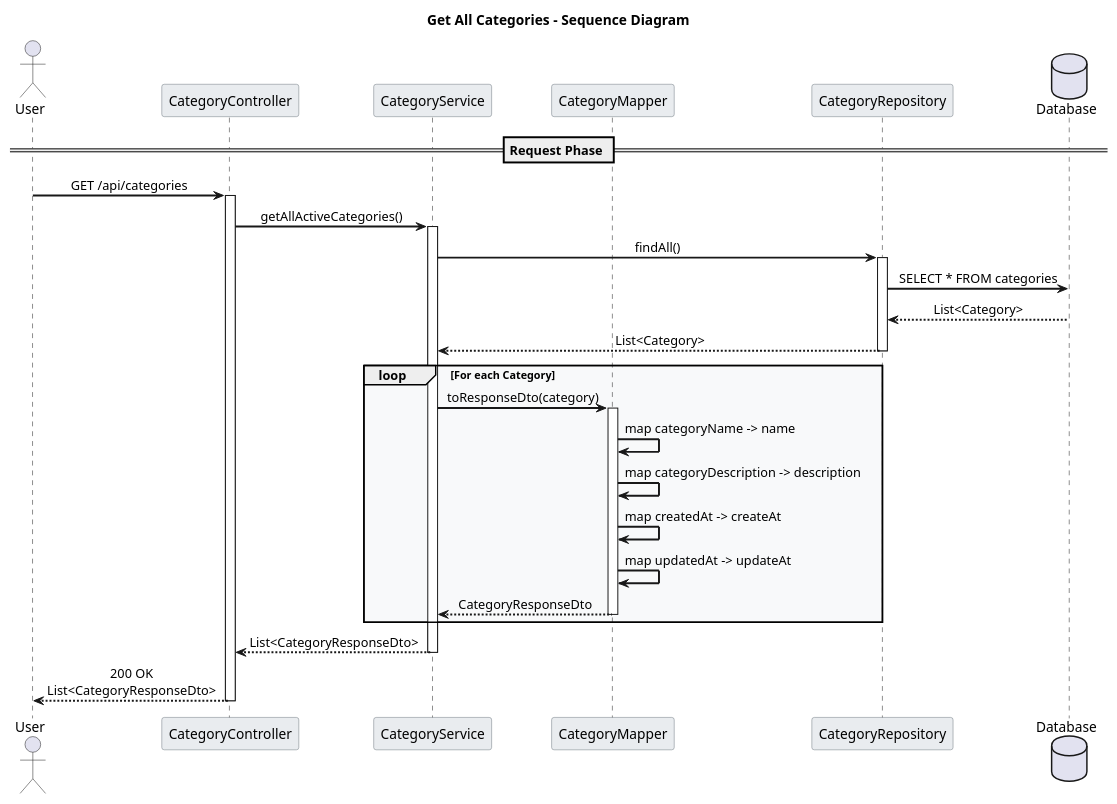
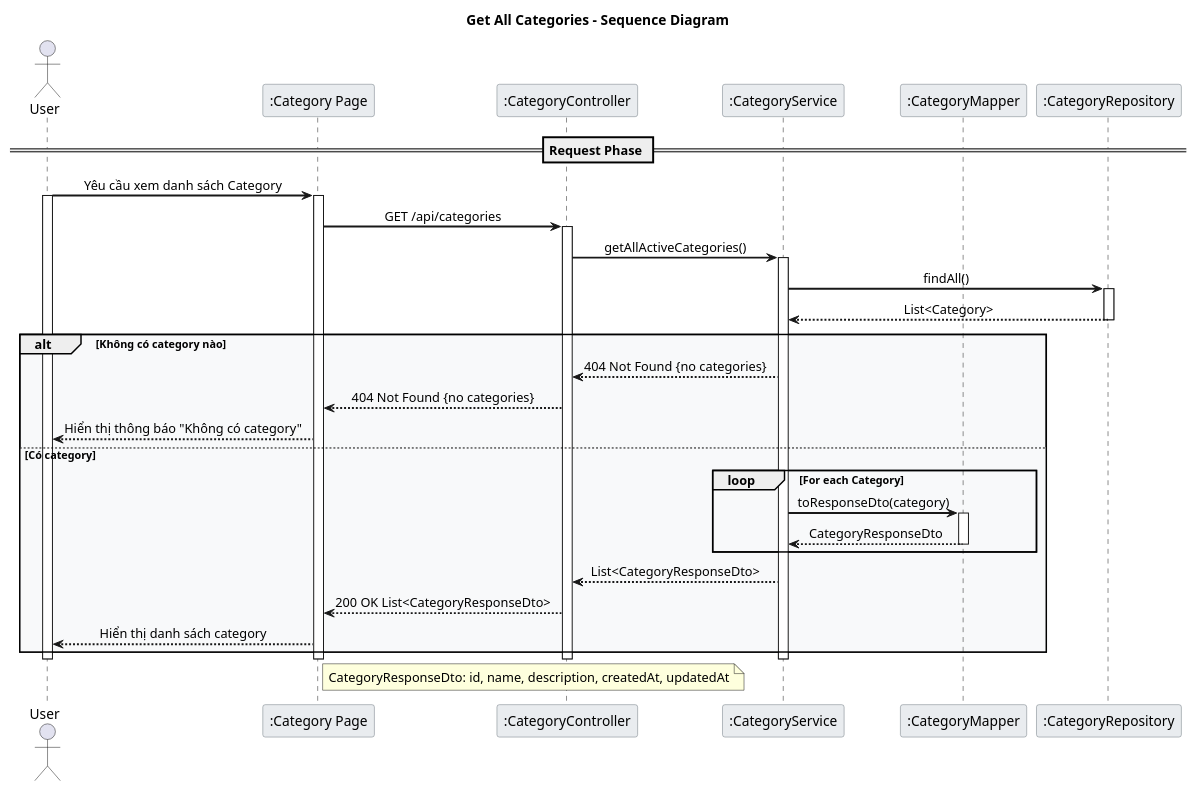
Before and after one commit to LamVNT/Farmovo: the diagram in Category_Read_Sequence.puml, drawn with PlantUML. The commit also changed 15 other files, not shown here.

```diff
--- a/Category_Read_Sequence.puml
+++ b/Category_Read_Sequence.puml
@@ -1,51 +1,57 @@
 @startuml Category_Read_Sequence
 
 skinparam backgroundColor white
 skinparam sequenceArrowThickness 2
 skinparam sequenceMessageAlign center
 skinparam sequenceGroupBodyBackgroundColor #F8F9FA
 skinparam sequenceParticipantBorderColor #6C757D
 skinparam sequenceParticipantBackgroundColor #E9ECEF
 skinparam sequenceLifeLineStroke dash
 
 title Get All Categories - Sequence Diagram
 
 actor User as U
-participant "CategoryController" as CC
-participant "CategoryService" as CS
-participant "CategoryMapper" as CM
-participant "CategoryRepository" as CR
-database "Database" as DB
+participant ":Category Page" as UI
+participant ":CategoryController" as CC
+participant ":CategoryService" as CS
+participant ":CategoryMapper" as CM
+participant ":CategoryRepository" as CR
 
 == Request Phase ==
-U -> CC: GET /api/categories
+U -> UI: Yêu cầu xem danh sách Category
+activate U
+activate UI
+UI -> CC: GET /api/categories
 activate CC
-
 CC -> CS: getAllActiveCategories()
 activate CS
-
 CS -> CR: findAll()
 activate CR
-CR -> DB: SELECT * FROM categories
-DB --> CR: List<Category>
 CR --> CS: List<Category>
 deactivate CR
-
-loop For each Category
-    CS -> CM: toResponseDto(category)
-    activate CM
-    CM -> CM: map categoryName -> name
-    CM -> CM: map categoryDescription -> description
-    CM -> CM: map createdAt -> createAt
-    CM -> CM: map updatedAt -> updateAt
-    CM --> CS: CategoryResponseDto
-    deactivate CM
+alt Không có category nào
+    CS --> CC: 404 Not Found {no categories}
+    CC --> UI: 404 Not Found {no categories}
+    UI --> U: Hiển thị thông báo "Không có category"
+else Có category
+    loop For each Category
+        CS -> CM: toResponseDto(category)
+        activate CM
+        CM --> CS: CategoryResponseDto
+        deactivate CM
+    end
+    CS --> CC: List<CategoryResponseDto>
+    CC --> UI: 200 OK List<CategoryResponseDto>
+    UI --> U: Hiển thị danh sách category
 end
 
-CS --> CC: List<CategoryResponseDto>
 deactivate CS
+deactivate CC
+deactivate UI
+deactivate U
 
-CC --> U: 200 OK\nList<CategoryResponseDto>
-deactivate CC
+note right of UI
+    CategoryResponseDto: id, name, description, createdAt, updatedAt
+end note
 
 @enduml 
```
